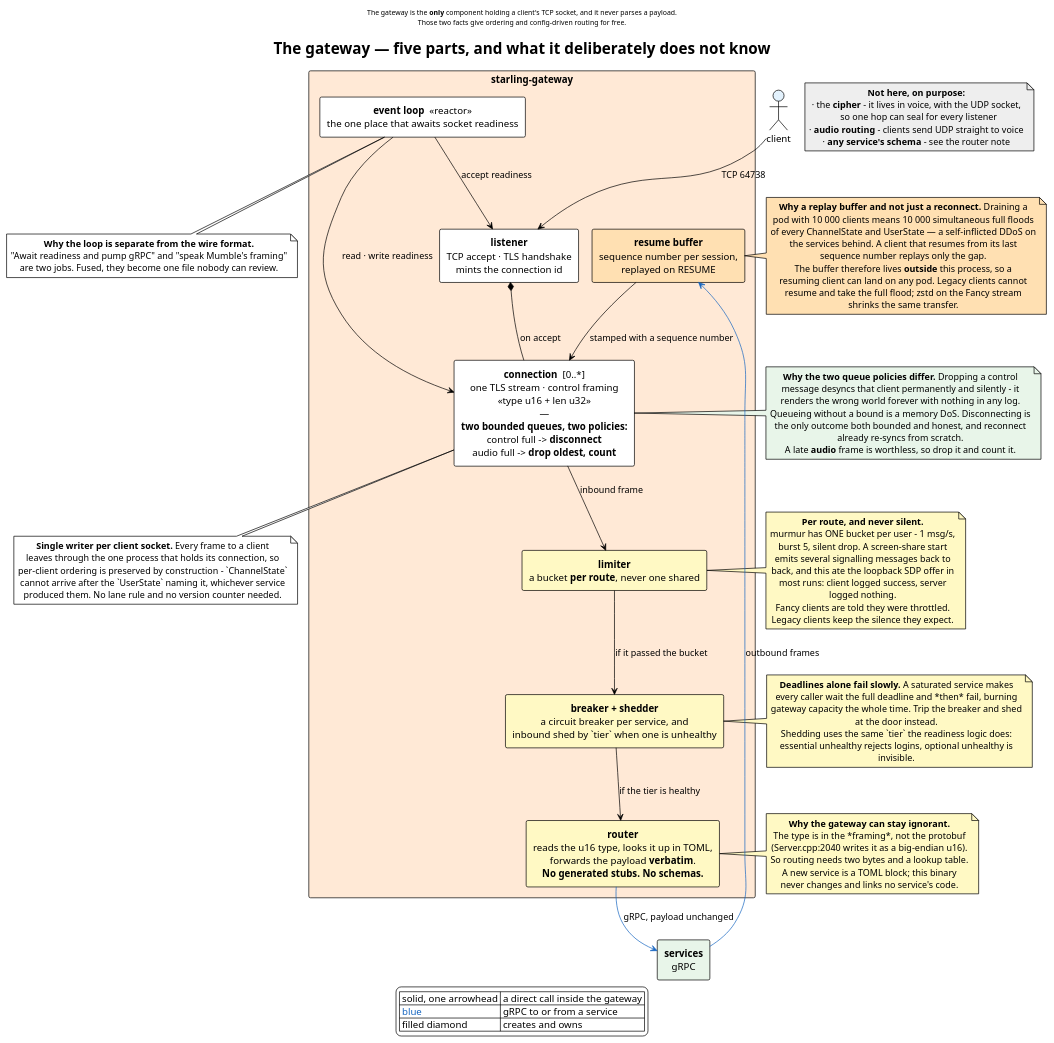
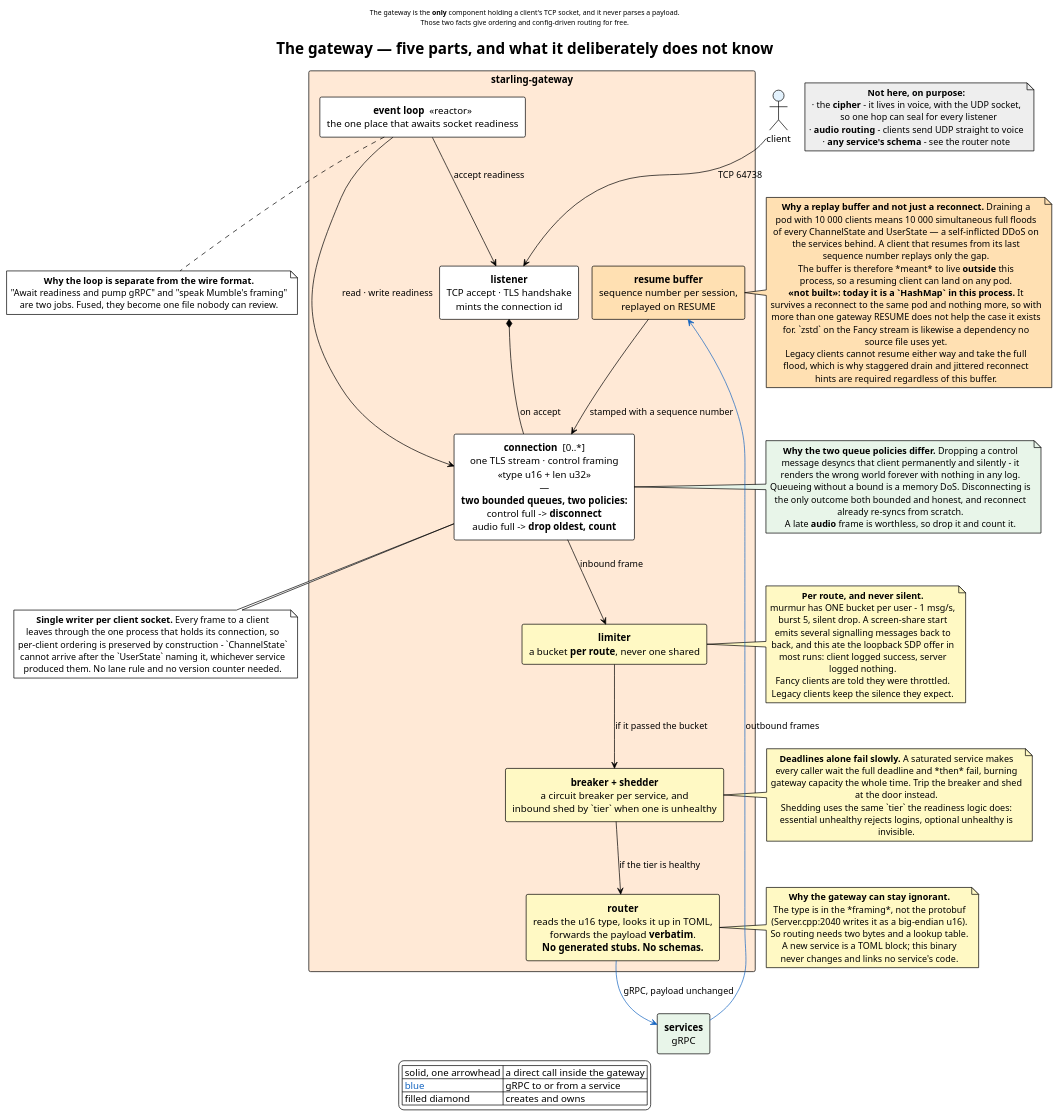
The diagram in docs/diagrams/gateway-internals.puml (Fancy-Mumble/starling), drawn with PlantUML before and after one commit. The commit also changed 12 other files, not shown here.

```diff
--- a/docs/diagrams/gateway-internals.puml
+++ b/docs/diagrams/gateway-internals.puml
@@ -1,122 +1,128 @@
 @startuml gateway-internals
 !theme plain
 skinparam componentStyle rectangle
 skinparam shadowing false
 skinparam nodesep 20
 skinparam ranksep 48
 skinparam defaultTextAlignment center
 skinparam packageStyle rectangle
 
 title The gateway — five parts, and what it deliberately does not know
 
 header
 The gateway is the <b>only</b> component holding a client's TCP socket, and it never parses a payload.
 Those two facts give ordering and config-driven routing for free.
 endheader
 
 actor "client" as client #E3F2FD
 component "**services**\ngRPC" as svc #E8F5E9
 
 package "starling-gateway" as GW #FFE9D6 {
   component "**event loop**  «reactor»\nthe one place that awaits socket readiness" as loop #FFFFFF
   component "**listener**\nTCP accept · TLS handshake\nmints the connection id" as listener #FFFFFF
   component "**connection**  [0..*]\none TLS stream · control framing\n«type u16 + len u32»\n—\n**two bounded queues, two policies:**\ncontrol full -> **disconnect**\naudio full -> **drop oldest, count**" as conn #FFFFFF
   component "**router**\nreads the u16 type, looks it up in TOML,\nforwards the payload **verbatim**.\n**No generated stubs. No schemas.**" as router #FFF9C4
   component "**limiter**\na bucket **per route**, never one shared" as lim #FFF9C4
   component "**breaker + shedder**\na circuit breaker per service, and\ninbound shed by `tier` when one is unhealthy" as brk #FFF9C4
   component "**resume buffer**\nsequence number per session,\nreplayed on RESUME" as res #FFE0B2
 }
 
 client -down-> listener : TCP 64738
 listener *-- conn : on accept
 loop --> listener : accept readiness
 loop --> conn : read · write readiness
 conn --> lim : inbound frame
 lim --> brk : if it passed the bucket
 brk --> router : if the tier is healthy
 router -[#1565C0]-> svc : gRPC, payload unchanged
 svc -[#1565C0]-> res : outbound frames
 res --> conn : stamped with a sequence number
 
 note right of brk #FFF9C4
   **Deadlines alone fail slowly.** A saturated service makes
   every caller wait the full deadline and *then* fail, burning
   gateway capacity the whole time. Trip the breaker and shed
   at the door instead.
   Shedding uses the same `tier` the readiness logic does:
   essential unhealthy rejects logins, optional unhealthy is
   invisible.
 end note
 
 note right of res #FFE0B2
   **Why a replay buffer and not just a reconnect.** Draining a
   pod with 10 000 clients means 10 000 simultaneous full floods
   of every ChannelState and UserState — a self-inflicted DDoS on
   the services behind. A client that resumes from its last
   sequence number replays only the gap.
-  The buffer therefore lives **outside** this process, so a
-  resuming client can land on any pod. Legacy clients cannot
-  resume and take the full flood; zstd on the Fancy stream
-  shrinks the same transfer.
+  The buffer is therefore *meant* to live **outside** this
+  process, so a resuming client can land on any pod.
+  **«not built»: today it is a `HashMap` in this process.** It
+  survives a reconnect to the same pod and nothing more, so with
+  more than one gateway RESUME does not help the case it exists
+  for. `zstd` on the Fancy stream is likewise a dependency no
+  source file uses yet.
+  Legacy clients cannot resume either way and take the full
+  flood, which is why staggered drain and jittered reconnect
+  hints are required regardless of this buffer.
 end note
 
 note right of router #FFF9C4
   **Why the gateway can stay ignorant.**
   The type is in the *framing*, not the protobuf
   (Server.cpp:2040 writes it as a big-endian u16).
   So routing needs two bytes and a lookup table.
   A new service is a TOML block; this binary
   never changes and links no service's code.
 end note
 
 note right of lim #FFF9C4
   **Per route, and never silent.**
   murmur has ONE bucket per user - 1 msg/s,
   burst 5, silent drop. A screen-share start
   emits several signalling messages back to
   back, and this ate the loopback SDP offer in
   most runs: client logged success, server
   logged nothing.
   Fancy clients are told they were throttled.
   Legacy clients keep the silence they expect.
 end note
 
 note bottom of conn
   **Single writer per client socket.** Every frame to a client
   leaves through the one process that holds its connection, so
   per-client ordering is preserved by construction - `ChannelState`
   cannot arrive after the `UserState` naming it, whichever service
   produced them. No lane rule and no version counter needed.
 end note
 
 note bottom of loop
   **Why the loop is separate from the wire format.**
   "Await readiness and pump gRPC" and "speak Mumble's framing"
   are two jobs. Fused, they become one file nobody can review.
 end note
 
 note left of conn #E8F5E9
   **Why the two queue policies differ.** Dropping a control
   message desyncs that client permanently and silently - it
   renders the wrong world forever with nothing in any log.
   Queueing without a bound is a memory DoS. Disconnecting is
   the only outcome both bounded and honest, and reconnect
   already re-syncs from scratch.
   A late **audio** frame is worthless, so drop it and count it.
 end note
 
 note as N1 #EEEEEE
   **Not here, on purpose:**
   · the **cipher** - it lives in voice, with the UDP socket,
     so one hop can seal for every listener
   · **audio routing** - clients send UDP straight to voice
   · **any service's schema** - see the router note
 end note
 
 legend bottom
 | solid, one arrowhead | a direct call inside the gateway |
 | <color:#1565C0>blue</color> | gRPC to or from a service |
 | filled diamond | creates and owns |
 endlegend
 
 @enduml
```
